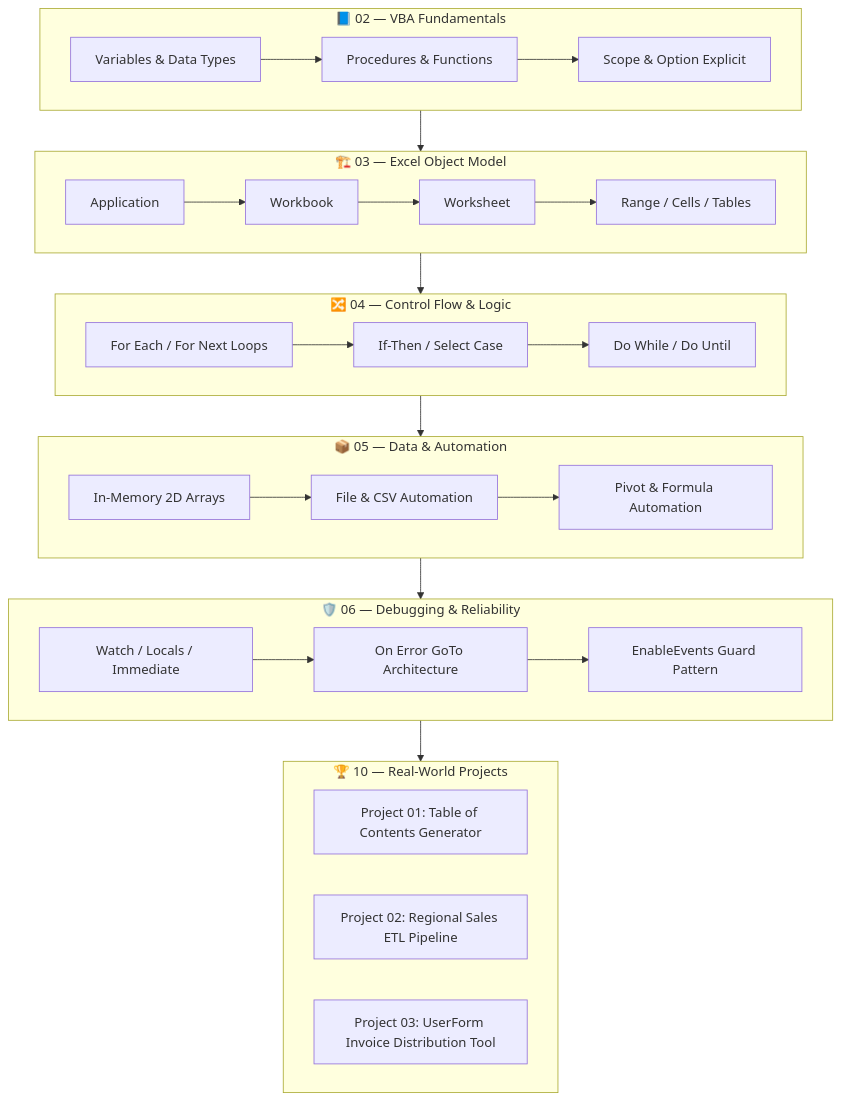
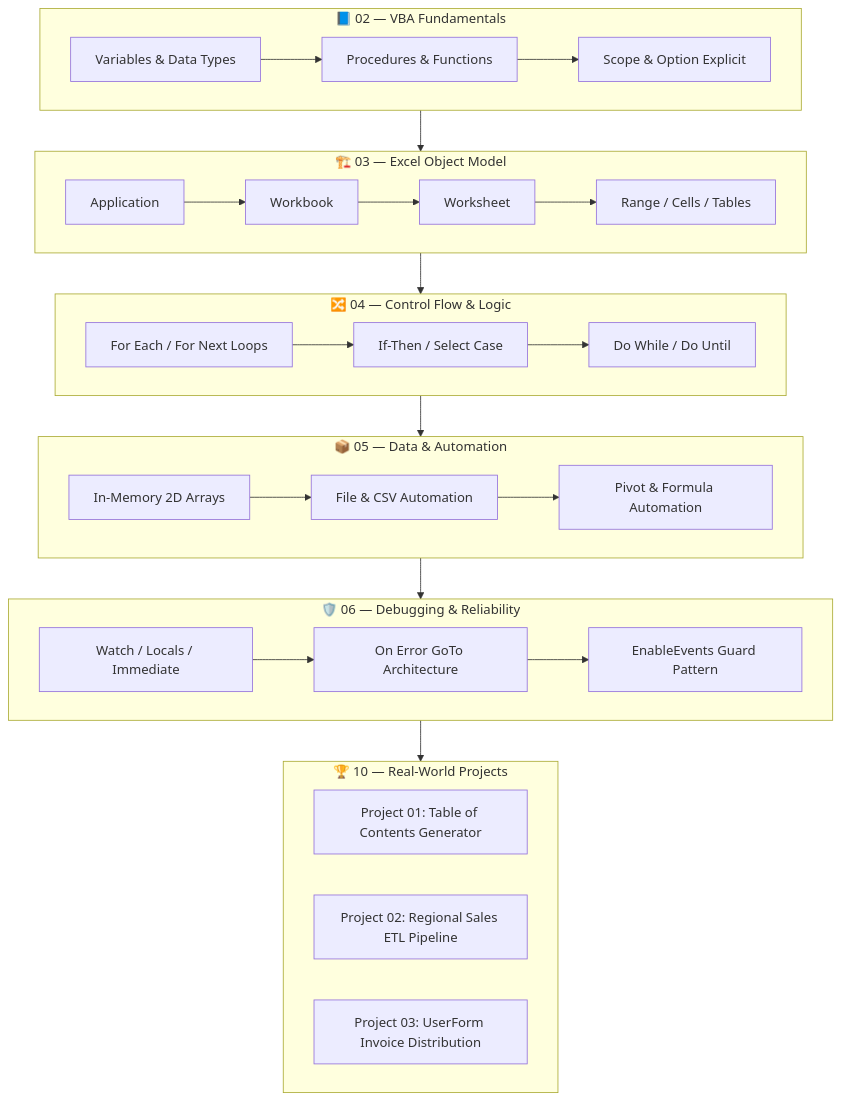
Before and after one commit to Sohila-Khaled-Abbas/Excel-VBA-Second-Brain: the first of 2 diagrams in README.md, drawn with Mermaid. The commit also changed other lines of this file, not shown here.

````diff
--- a/README.md
+++ b/README.md
@@ -42,40 +35,34 @@
 ```mermaid
 flowchart TD
     subgraph Fundamentals["📘 02 — VBA Fundamentals"]
         A[Variables & Data Types] --> B[Procedures & Functions]
         B --> C[Scope & Option Explicit]
     end
-
     subgraph ObjectModel["🏗️ 03 — Excel Object Model"]
         D[Application] --> E[Workbook]
         E --> F[Worksheet]
         F --> G["Range / Cells / Tables"]
     end
-
     subgraph ControlFlow["🔀 04 — Control Flow & Logic"]
         H["For Each / For Next Loops"] --> I["If-Then / Select Case"]
         I --> J["Do While / Do Until"]
     end
-
     subgraph DataLayer["📦 05 — Data & Automation"]
         K[In-Memory 2D Arrays] --> L[File & CSV Automation]
         L --> M[Pivot & Formula Automation]
     end
-
     subgraph Reliability["🛡️ 06 — Debugging & Reliability"]
         N[Watch / Locals / Immediate] --> O[On Error GoTo Architecture]
         O --> P[EnableEvents Guard Pattern]
     end
-
     subgraph Projects["🏆 10 — Real-World Projects"]
         P1["Project 01: Table of Contents Generator"]
         P2["Project 02: Regional Sales ETL Pipeline"]
-        P3["Project 03: UserForm Invoice Distribution Tool"]
+        P3["Project 03: UserForm Invoice Distribution"]
     end
-
     Fundamentals --> ObjectModel
     ObjectModel --> ControlFlow
     ControlFlow --> DataLayer
     DataLayer --> Reliability
     Reliability --> Projects
 ```
````
